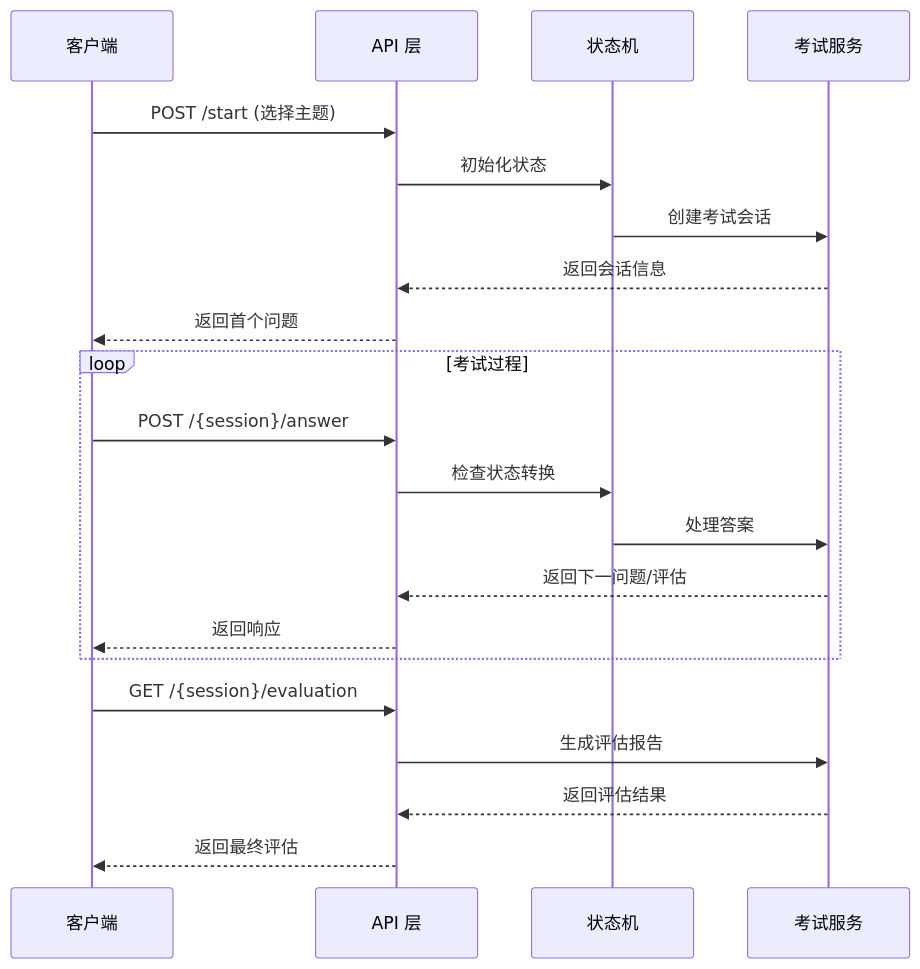
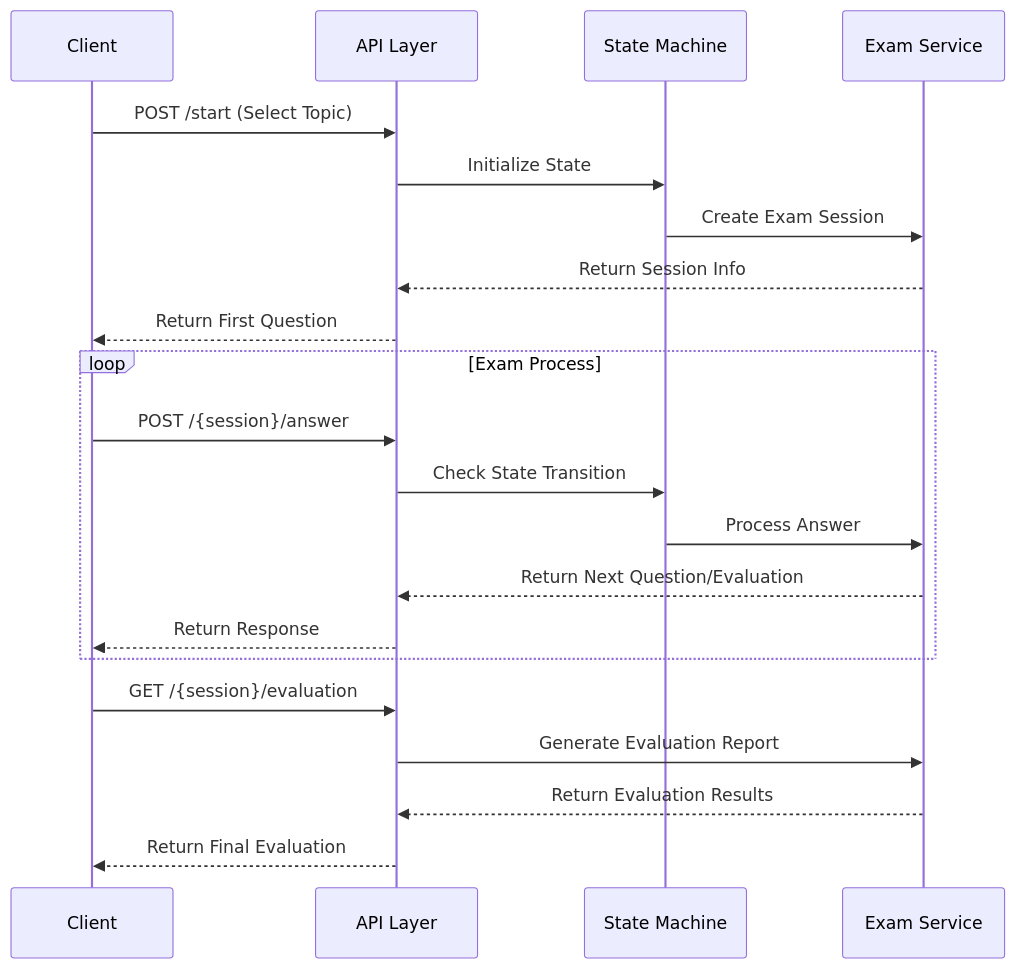
The second of 7 diagrams in docs/api.md (CHANHaochengZhang/chatexaminer), drawn with Mermaid before and after one commit. The commit also changed other lines of this file and 13 other files, not shown here.

````diff
--- a/docs/api.md
+++ b/docs/api.md
@@ -76,26 +76,26 @@
 ```mermaid
 sequenceDiagram
-    participant Client as 客户端
-    participant API as API 层
-    participant FSM as 状态机
-    participant Service as 考试服务
+    participant Client as Client
+    participant API as API Layer
+    participant FSM as State Machine
+    participant Service as Exam Service
 
-    Client->>API: POST /start (选择主题)
-    API->>FSM: 初始化状态
-    FSM->>Service: 创建考试会话
-    Service-->>API: 返回会话信息
-    API-->>Client: 返回首个问题
+    Client->>API: POST /start (Select Topic)
+    API->>FSM: Initialize State
+    FSM->>Service: Create Exam Session
+    Service-->>API: Return Session Info
+    API-->>Client: Return First Question
 
-    loop 考试过程
+    loop Exam Process
         Client->>API: POST /{session}/answer
-        API->>FSM: 检查状态转换
-        FSM->>Service: 处理答案
-        Service-->>API: 返回下一问题/评估
-        API-->>Client: 返回响应
+        API->>FSM: Check State Transition
+        FSM->>Service: Process Answer
+        Service-->>API: Return Next Question/Evaluation
+        API-->>Client: Return Response
     end
 
     Client->>API: GET /{session}/evaluation
-    API->>Service: 生成评估报告
-    Service-->>API: 返回评估结果
-    API-->>Client: 返回最终评估
+    API->>Service: Generate Evaluation Report
+    Service-->>API: Return Evaluation Results
+    API-->>Client: Return Final Evaluation
 ```
````
